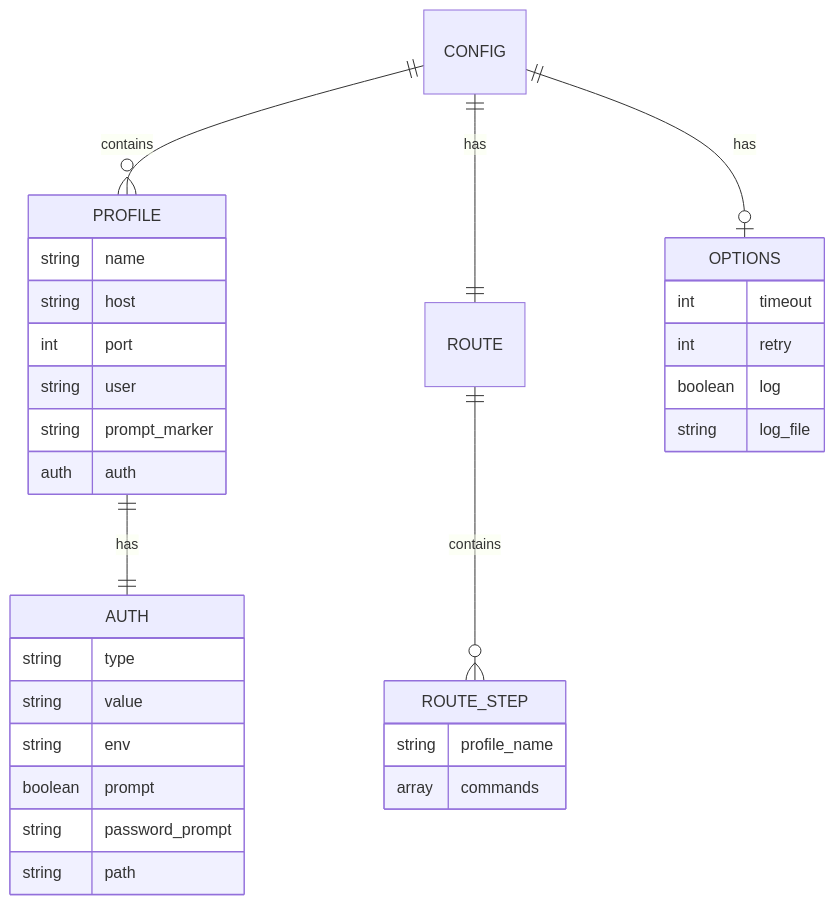
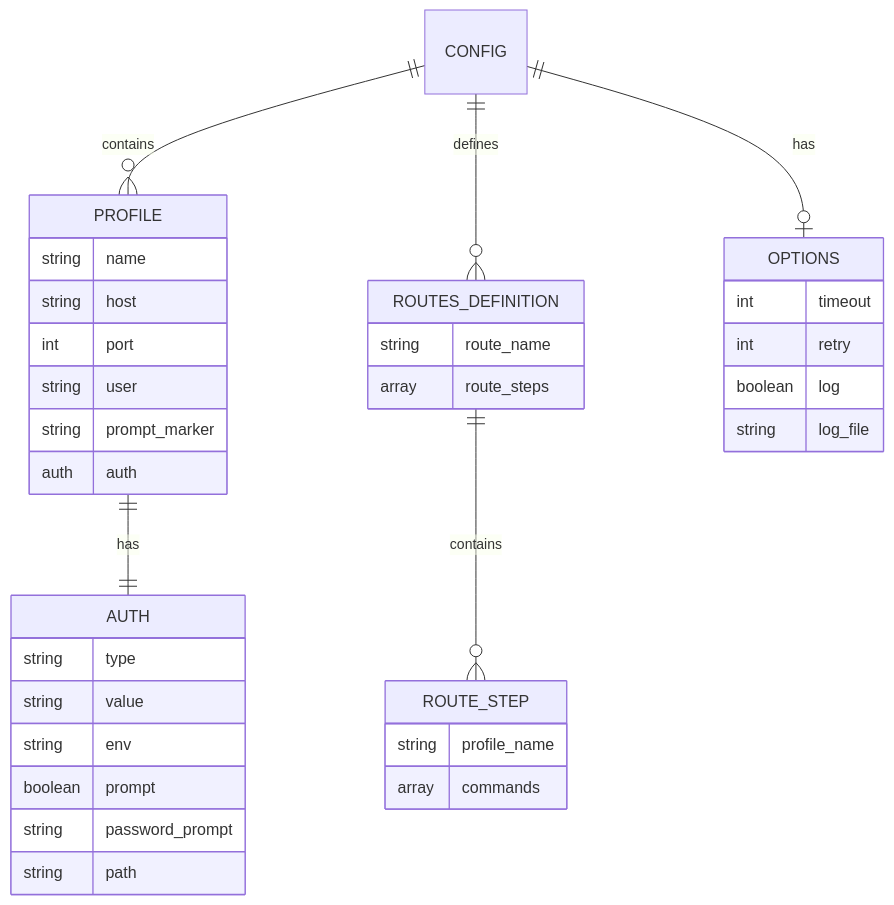
Before and after one commit to JHashimoto0518/ttlx: the second of 7 diagrams in docs/functional-design.md, drawn with Mermaid. The commit also changed other lines of this file and 35 other files, not shown here.

````diff
--- a/docs/functional-design.md
+++ b/docs/functional-design.md
@@ -121,40 +147,45 @@
 ```mermaid
 erDiagram
     CONFIG ||--o{ PROFILE : contains
-    CONFIG ||--|| ROUTE : has
+    CONFIG ||--o{ ROUTES_DEFINITION : defines
     CONFIG ||--o| OPTIONS : has
 
     PROFILE {
         string name
         string host
         int port
         string user
         string prompt_marker
         auth auth
     }
 
     AUTH {
         string type
         string value
         string env
         boolean prompt
         string password_prompt
         string path
     }
 
-    ROUTE ||--o{ ROUTE_STEP : contains
+    ROUTES_DEFINITION {
+        string route_name
+        array route_steps
+    }
+
+    ROUTES_DEFINITION ||--o{ ROUTE_STEP : contains
 
     ROUTE_STEP {
         string profile_name
         array commands
     }
 
     OPTIONS {
         int timeout
         int retry
         boolean log
         string log_file
     }
 
     PROFILE ||--|| AUTH : has
 ```
````
